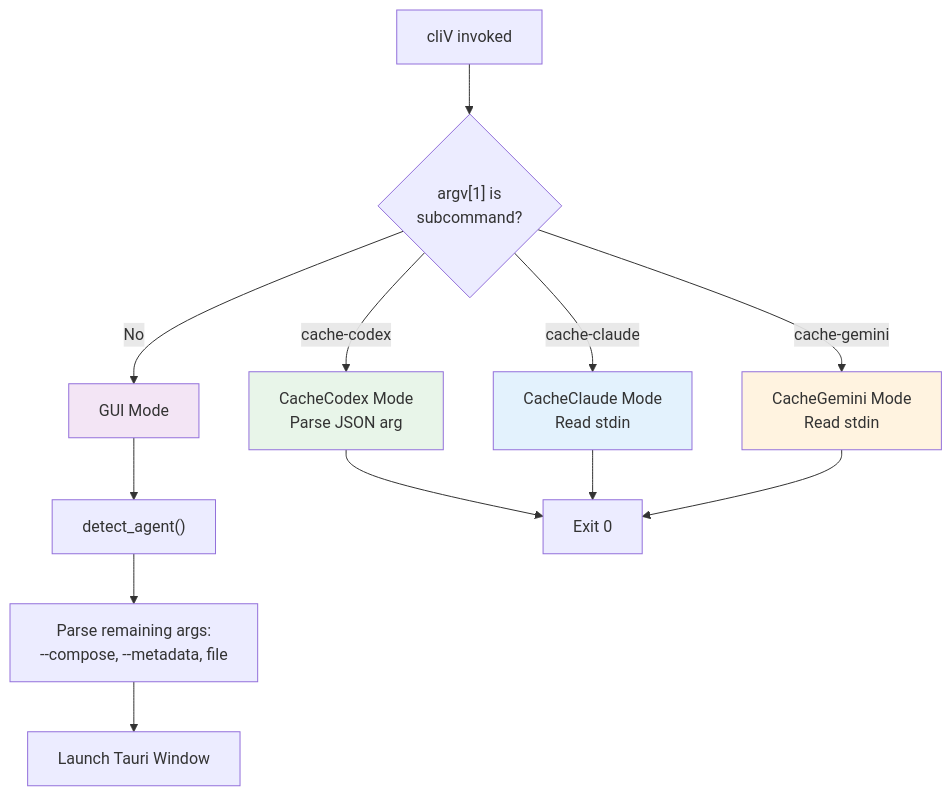
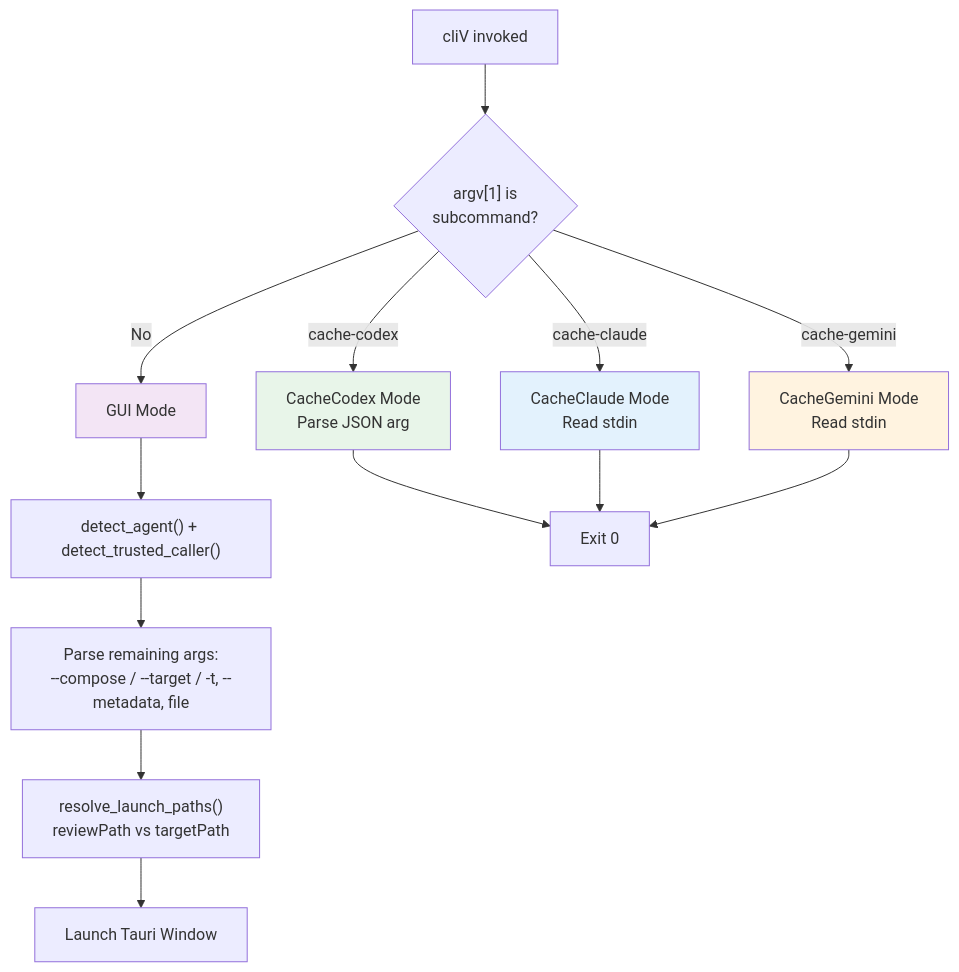
One commit to BobDLA/cliv changed the third of 22 diagrams in docs/demo/demo.md. Above: the diagram before and after it, drawn with Mermaid. The commit also changed other lines of this file and 44 other files, not shown here.

````diff
--- a/docs/demo/demo.md
+++ b/docs/demo/demo.md
@@ -222,22 +230,23 @@
 ```mermaid
 flowchart TD
     START["cliV invoked"] --> CHECK_SUB{"argv[1] is<br/>subcommand?"}
 
     CHECK_SUB -->|"cache-codex"| CODEX_CACHE["CacheCodex Mode<br/>Parse JSON arg"]
     CHECK_SUB -->|"cache-claude"| CLAUDE_CACHE["CacheClaude Mode<br/>Read stdin"]
     CHECK_SUB -->|"cache-gemini"| GEMINI_CACHE["CacheGemini Mode<br/>Read stdin"]
     CHECK_SUB -->|"No"| GUI_MODE["GUI Mode"]
 
-    GUI_MODE --> DETECT["detect_agent()"]
-    DETECT --> PARSE_ARGS["Parse remaining args:<br/>--compose, --metadata, file"]
+    GUI_MODE --> DETECT["detect_agent() + detect_trusted_caller()"]
+    DETECT --> PARSE_ARGS["Parse remaining args:<br/>--compose / --target / -t, --metadata, file"]
+    PARSE_ARGS --> RESOLVE["resolve_launch_paths()<br/>reviewPath vs targetPath"]
 
     CODEX_CACHE --> EXIT_0["Exit 0"]
     CLAUDE_CACHE --> EXIT_0
     GEMINI_CACHE --> EXIT_0
-    PARSE_ARGS --> LAUNCH["Launch Tauri Window"]
+    RESOLVE --> LAUNCH["Launch Tauri Window"]
 
     style CODEX_CACHE fill:#e8f5e9
     style CLAUDE_CACHE fill:#e3f2fd
     style GEMINI_CACHE fill:#fff3e0
     style GUI_MODE fill:#f3e5f5
 ```
````
